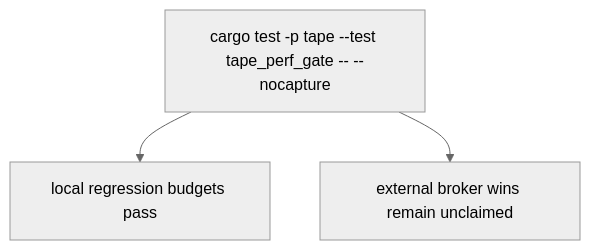
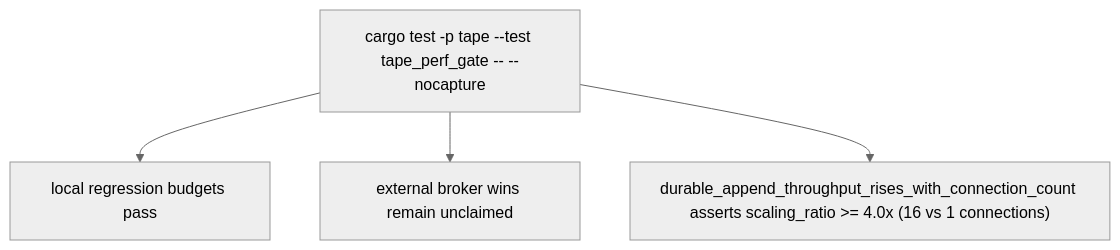
The second of 2 diagrams in apps/tape/tech-design/semantic/source/apps-tape-src-bench-rs.md (chrischeng-c4/axiom), drawn with Mermaid (neutral theme) before and after one commit. The commit also changed other lines of this file and 9 other files, not shown here.

````diff
--- a/apps/tape/tech-design/semantic/source/apps-tape-src-bench-rs.md
+++ b/apps/tape/tech-design/semantic/source/apps-tape-src-bench-rs.md
@@ -48,8 +60,9 @@
 ```mermaid
 ---
 id: tape-td-flow
 ---
 flowchart TD
     test["cargo test -p tape --test tape_perf_gate -- --nocapture"] --> budget["local regression budgets pass"]
     test --> ledger["external broker wins remain unclaimed"]
+    test --> durable["durable_append_throughput_rises_with_connection_count asserts scaling_ratio >= 4.0x (16 vs 1 connections)"]
 ```
````
